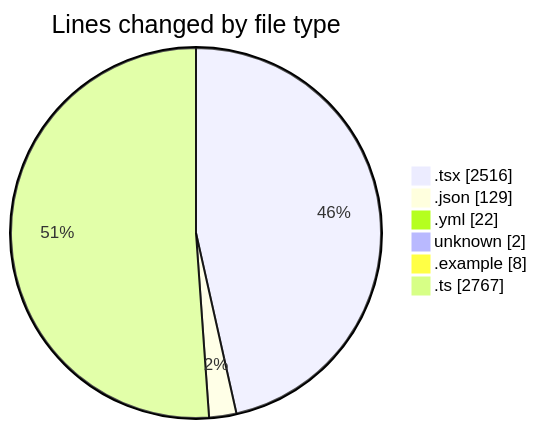
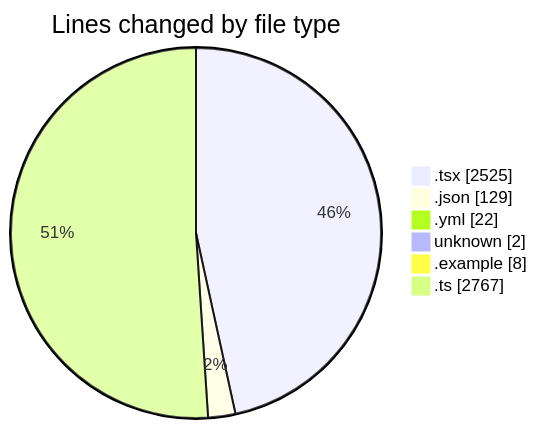
Before and after one commit to julien-gomy/code-tracking: the first of 2 diagrams in 2025-11-21/eventscop-frontend-guide__workspace_/README.md, drawn with Mermaid. The commit also changed other lines of this file and 1 other file, not shown here.

````diff
--- a/2025-11-21/eventscop-frontend-guide__workspace_/README.md
+++ b/2025-11-21/eventscop-frontend-guide__workspace_/README.md
@@ -58,10 +58,10 @@
 ```mermaid
 pie showData
 title Lines changed by file type
-".tsx" : 2516
+".tsx" : 2525
 ".json" : 129
 ".yml" : 22
 "unknown" : 2
 ".example" : 8
 ".ts" : 2767
 ```
````
